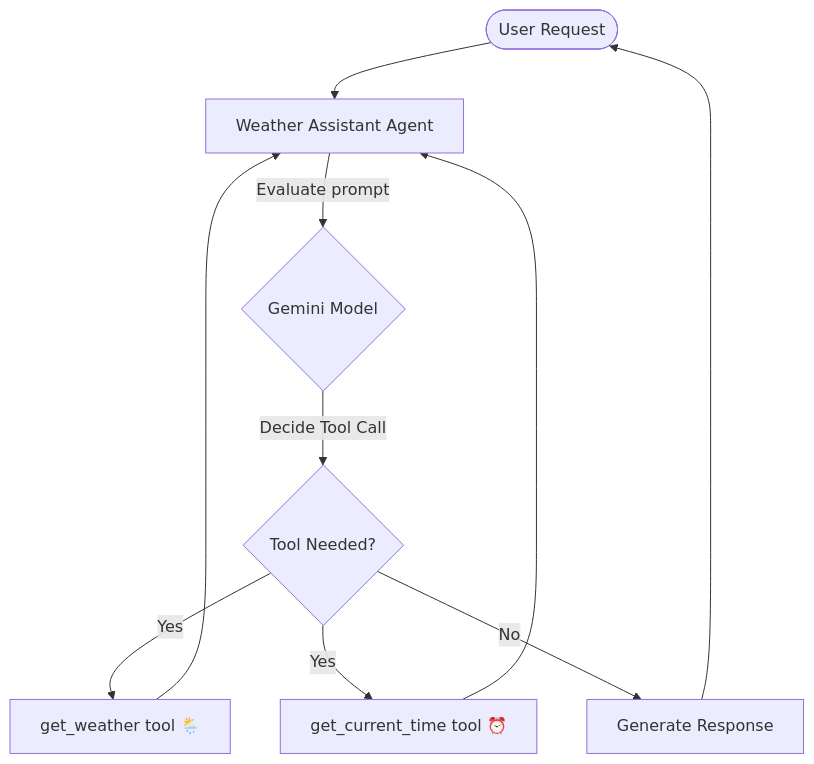
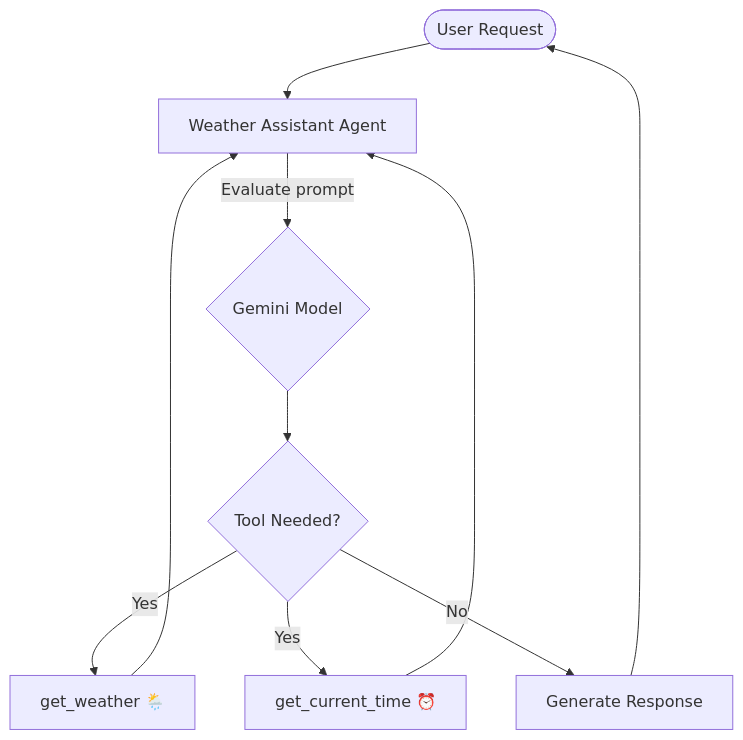
The third of 3 diagrams in README.md (Shivammakwana1997/5-Day-AI-Agents-Intensive-Vibe-Coding-Course-With-Google), drawn with Mermaid before and after one commit. The commit also changed other lines of this file and 1075 other files, not shown here.

````diff
--- a/README.md
+++ b/README.md
@@ -35,12 +83,12 @@
 ```mermaid
 graph TD
     User([User Request]) --> Agent[Weather Assistant Agent]
     Agent -->|Evaluate prompt| Model{Gemini Model}
-    Model -->|Decide Tool Call| ToolChoice{Tool Needed?}
-    ToolChoice -->|Yes| get_weather[get_weather tool 🌦️]
-    ToolChoice -->|Yes| get_current_time[get_current_time tool ⏰]
+    Model --> ToolChoice{Tool Needed?}
+    ToolChoice -->|Yes| get_weather[get_weather 🌦️]
+    ToolChoice -->|Yes| get_current_time[get_current_time ⏰]
     ToolChoice -->|No| Respond[Generate Response]
     get_weather --> Agent
     get_current_time --> Agent
     Respond --> User
 ```
````
